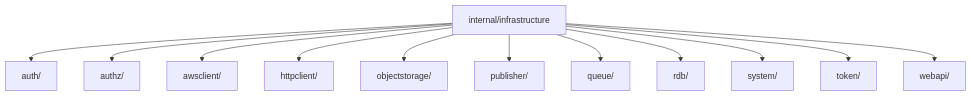
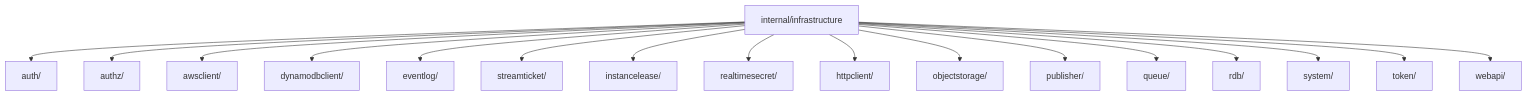
One commit to Tomy-ch/go-boilerplate changed the fourth of 5 diagrams in internal/infrastructure/README.ja.md. Above: the diagram before and after it, drawn with Mermaid. The commit also changed other lines of this file and 9 other files, not shown here.

````diff
--- a/internal/infrastructure/README.ja.md
+++ b/internal/infrastructure/README.ja.md
@@ -123,31 +123,41 @@
 ```mermaid
 flowchart TB
     Root["internal/infrastructure"]
     Auth["auth/"]
     Authz["authz/"]
     AwsClient["awsclient/"]
+    DDBClient["dynamodbclient/"]
+    EventLog["eventlog/"]
+    StreamTicket["streamticket/"]
+    InstanceLease["instancelease/"]
+    RealtimeSecret["realtimesecret/"]
     HTTP["httpclient/"]
     ObjStorage["objectstorage/"]
     Pub["publisher/"]
     Queue["queue/"]
     RDB["rdb/"]
     Sys["system/"]
     %% sample-api:begin
     Token["token/"]
     %% sample-api:end
     Web["webapi/"]
 
     Root --> Auth
     Root --> Authz
     Root --> AwsClient
+    Root --> DDBClient
+    Root --> EventLog
+    Root --> StreamTicket
+    Root --> InstanceLease
+    Root --> RealtimeSecret
     Root --> HTTP
     Root --> ObjStorage
     Root --> Pub
     Root --> Queue
     Root --> RDB
     Root --> Sys
     %% sample-api:begin
     Root --> Token
     %% sample-api:end
     Root --> Web
 ```
````
